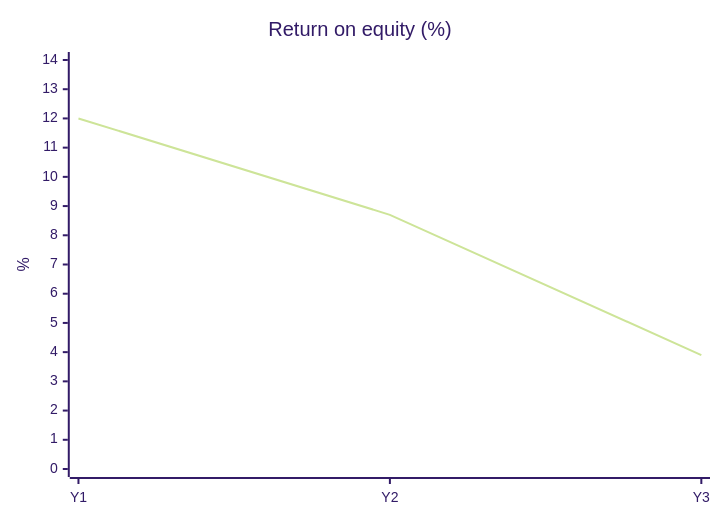
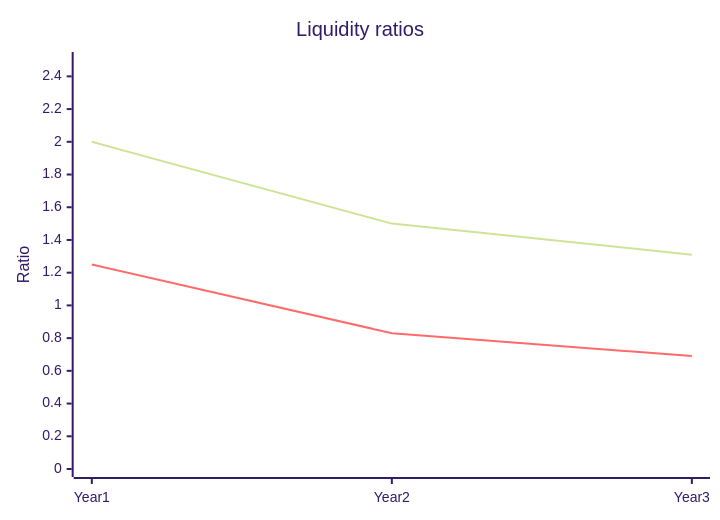
The diagram in eval/figure/generated/haiku/a-ratios.md (vrevolverrr/vicher), drawn with Mermaid (forest theme) before and after one commit. The commit also changed other lines of this file and 145 other files, not shown here.

First line of the commit message:
fix(figure): renderer defects found in the figure rating (#14)

````diff
--- a/eval/figure/generated/haiku/a-ratios.md
+++ b/eval/figure/generated/haiku/a-ratios.md
@@ -16,7 +14,8 @@
 ```mermaid
 xychart-beta
-    title "Return on equity (%)"
-    x-axis [Y1, Y2, Y3]
-    y-axis "%" 0 --> 14
-    line [12.0, 8.7, 3.9]
+    title "Liquidity ratios"
+    x-axis [Year 1, Year 2, Year 3]
+    y-axis "Ratio" 0 --> 2.5
+    line [2.00, 1.50, 1.31]
+    line [1.25, 0.83, 0.69]
 ```
````
